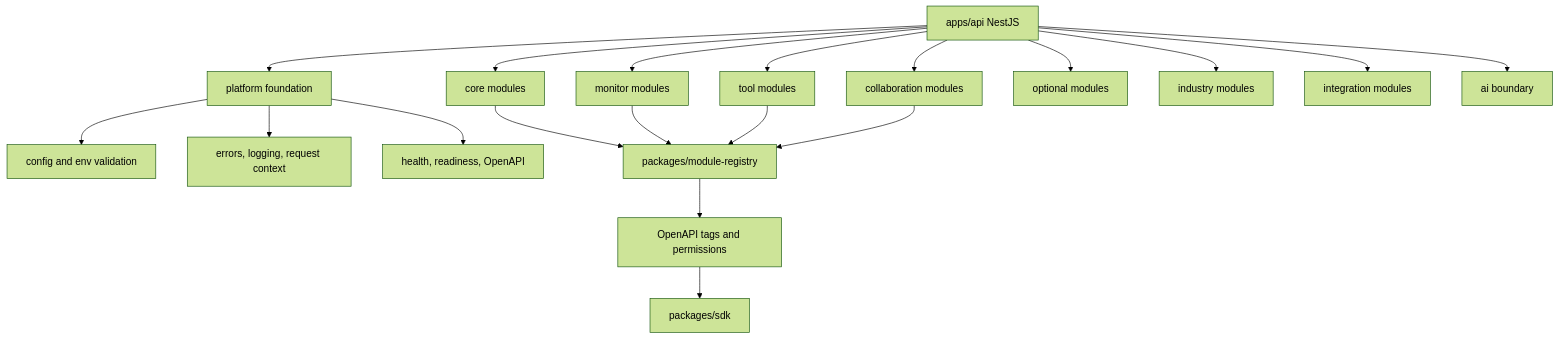
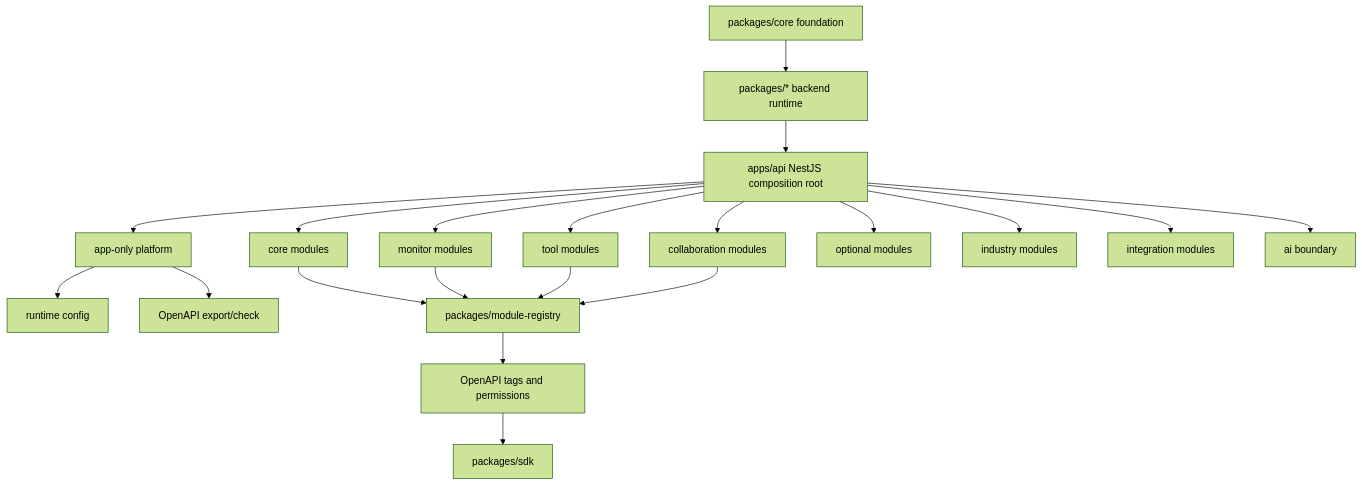
The first of 2 diagrams in docs/strategy/api-target-architecture.md (Gan-Xing/OpenCore), drawn with Mermaid (forest theme) before and after one commit. The commit also changed other lines of this file and 23 other files, not shown here.

````diff
--- a/docs/strategy/api-target-architecture.md
+++ b/docs/strategy/api-target-architecture.md
@@ -9,21 +9,22 @@
 ```mermaid
 flowchart TD
-  API[apps/api NestJS] --> PLATFORM[platform foundation]
-  PLATFORM --> CONFIG[config and env validation]
-  PLATFORM --> ERROR[errors, logging, request context]
-  PLATFORM --> HEALTH[health, readiness, OpenAPI]
+  API[apps/api NestJS composition root] --> PLATFORM[app-only platform]
+  PLATFORM --> CONFIG[runtime config]
+  PLATFORM --> OPENAPI[OpenAPI export/check]
+  RUNTIME[packages/* backend runtime] --> API
+  COREPKG[packages/core foundation] --> RUNTIME
   API --> CORE[core modules]
   API --> MONITOR[monitor modules]
   API --> TOOL[tool modules]
   API --> COLLAB[collaboration modules]
   API --> OPTIONAL[optional modules]
   API --> INDUSTRY[industry modules]
   API --> INTEGRATION[integration modules]
   API --> AI[ai boundary]
   CORE --> REG[packages/module-registry]
   MONITOR --> REG
   TOOL --> REG
   COLLAB --> REG
   REG --> CONTRACT[OpenAPI tags and permissions]
   CONTRACT --> SDK[packages/sdk]
 ```
````
